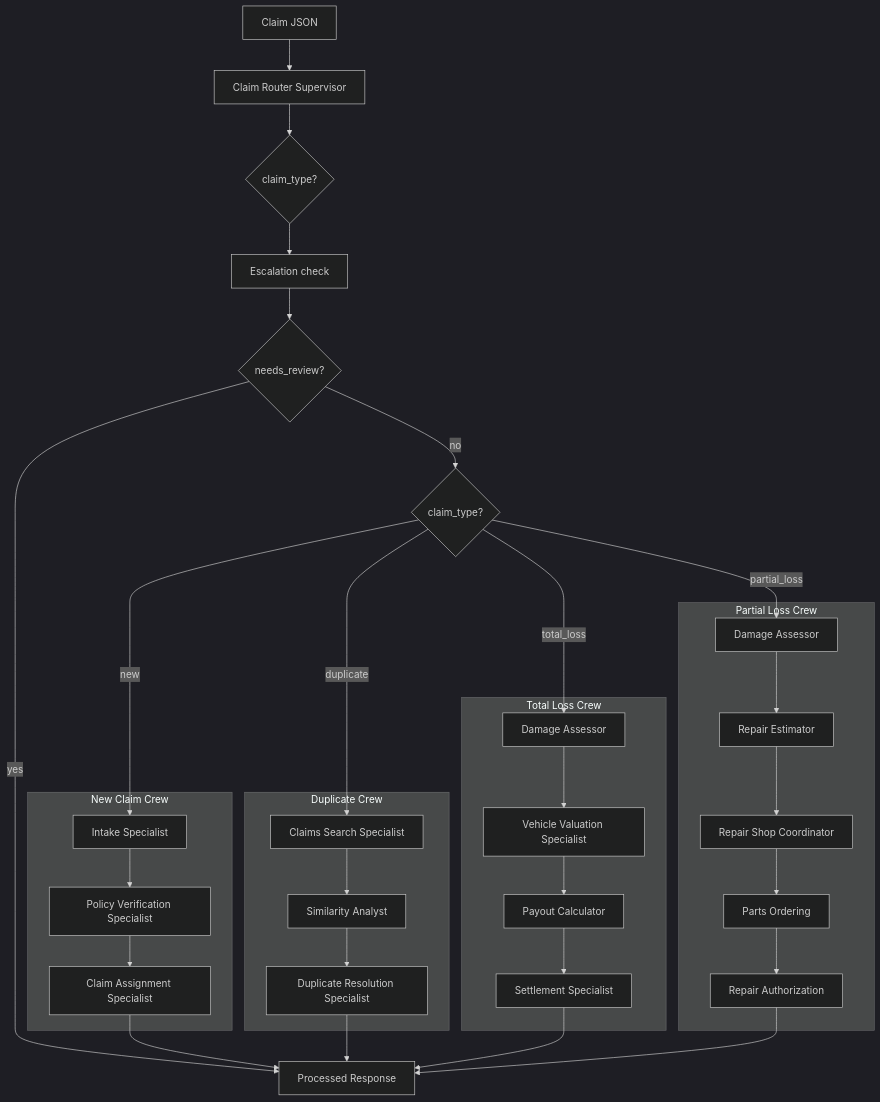
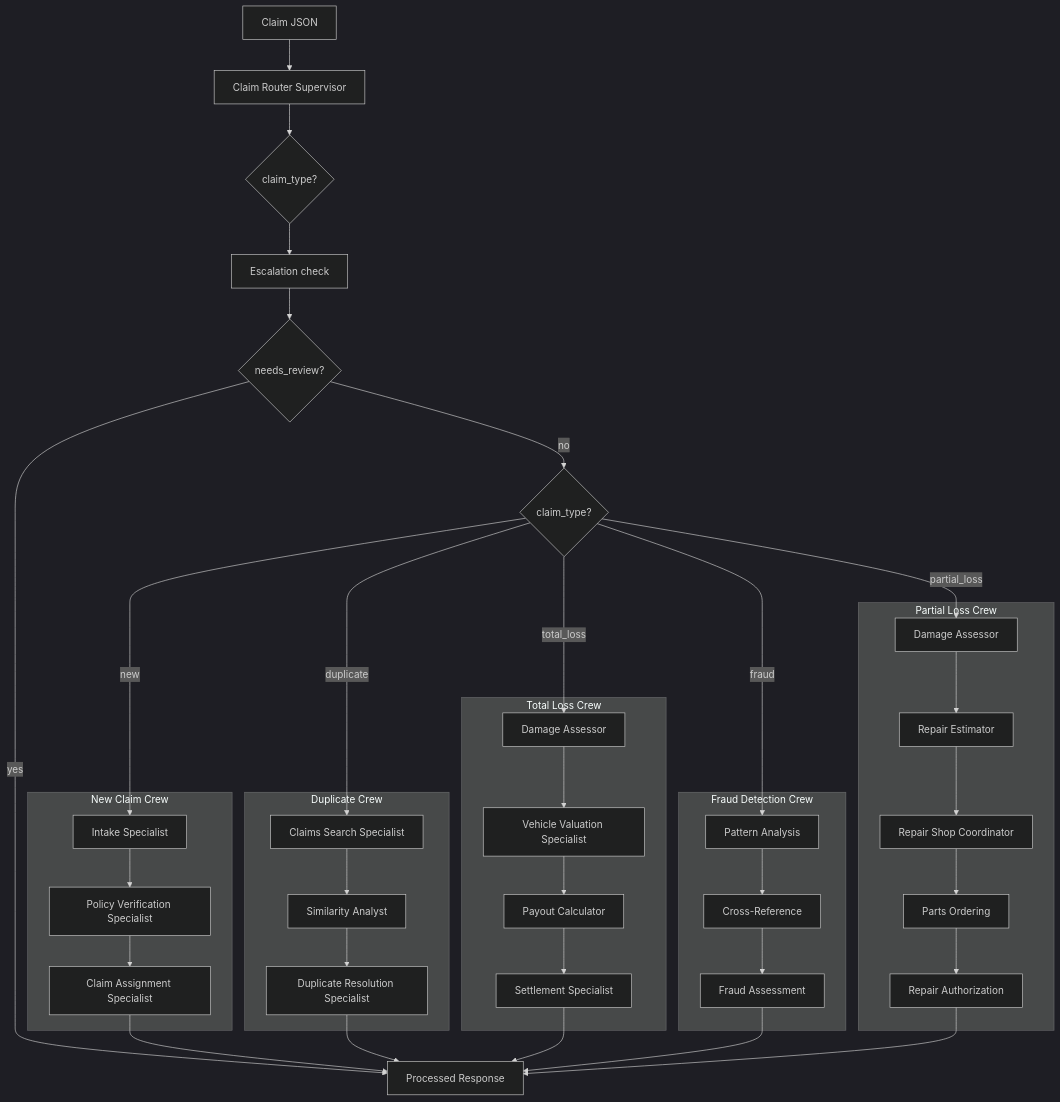
The diagram in README.md (csmangum/auto-agent), drawn with Mermaid (dark theme) before and after one commit. The commit also changed other lines of this file and 4 other files, not shown here.

First line of the commit message:
Enhance fraud detection capabilities and update documentation

````diff
--- a/README.md
+++ b/README.md
@@ -17,49 +18,58 @@
 ```mermaid
 flowchart TB
     A[Claim JSON] --> B[Claim Router Supervisor]
     B --> C{claim_type?}
     C --> D[Escalation check]
     D --> E{needs_review?}
     E -->|yes| G[Processed Response]
     E -->|no| H{claim_type?}
 
     subgraph New["New Claim Crew"]
         D1[Intake Specialist]
         D2[Policy Verification Specialist]
         D3[Claim Assignment Specialist]
         D1 --> D2 --> D3
     end
 
     subgraph Dup["Duplicate Crew"]
         E1[Claims Search Specialist]
         E2[Similarity Analyst]
         E3[Duplicate Resolution Specialist]
         E1 --> E2 --> E3
     end
 
     subgraph Total["Total Loss Crew"]
         F1[Damage Assessor]
         F2[Vehicle Valuation Specialist]
         F3[Payout Calculator]
         F4[Settlement Specialist]
         F1 --> F2 --> F3 --> F4
     end
 
+    subgraph Fraud["Fraud Detection Crew"]
+        FR1[Pattern Analysis]
+        FR2[Cross-Reference]
+        FR3[Fraud Assessment]
+        FR1 --> FR2 --> FR3
+    end
+
     subgraph Partial["Partial Loss Crew"]
         P1[Damage Assessor]
         P2[Repair Estimator]
         P3[Repair Shop Coordinator]
         P4[Parts Ordering]
         P5[Repair Authorization]
         P1 --> P2 --> P3 --> P4 --> P5
     end
 
     H -->|new| D1
     H -->|duplicate| E1
     H -->|total_loss| F1
+    H -->|fraud| FR1
     H -->|partial_loss| P1
     D3 --> G
     E3 --> G
     F4 --> G
+    FR3 --> G
     P5 --> G
 ```
````
